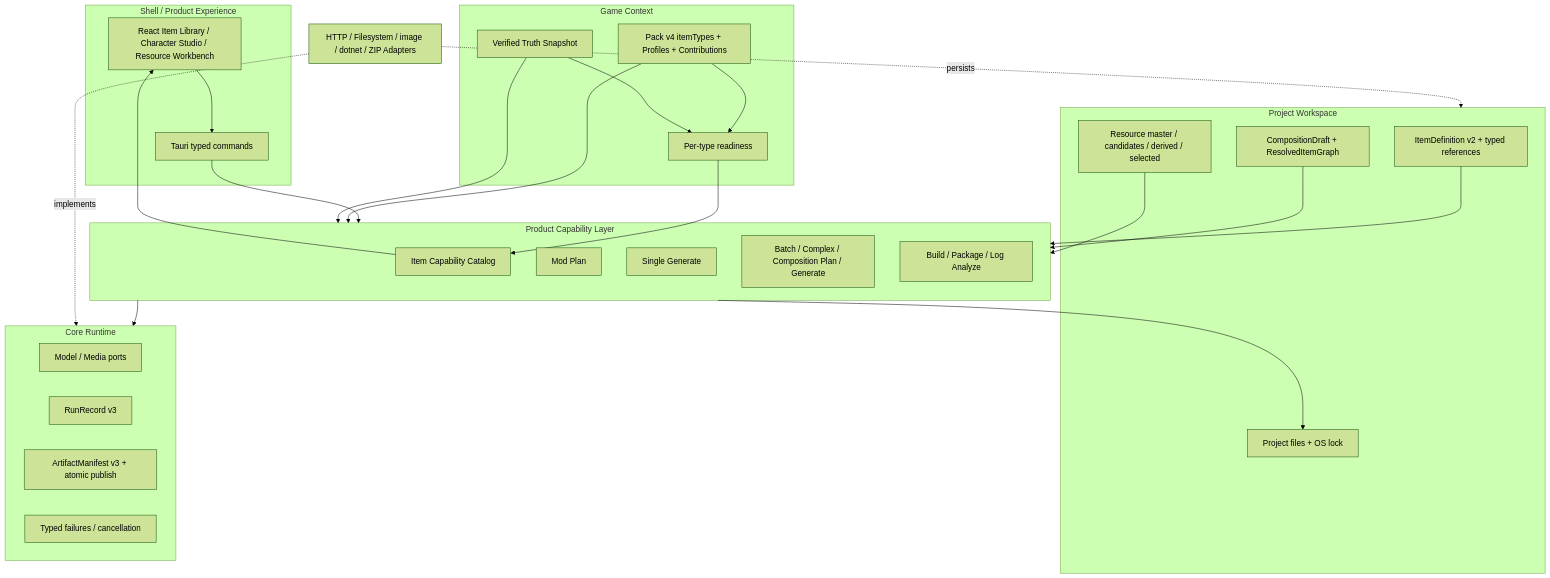
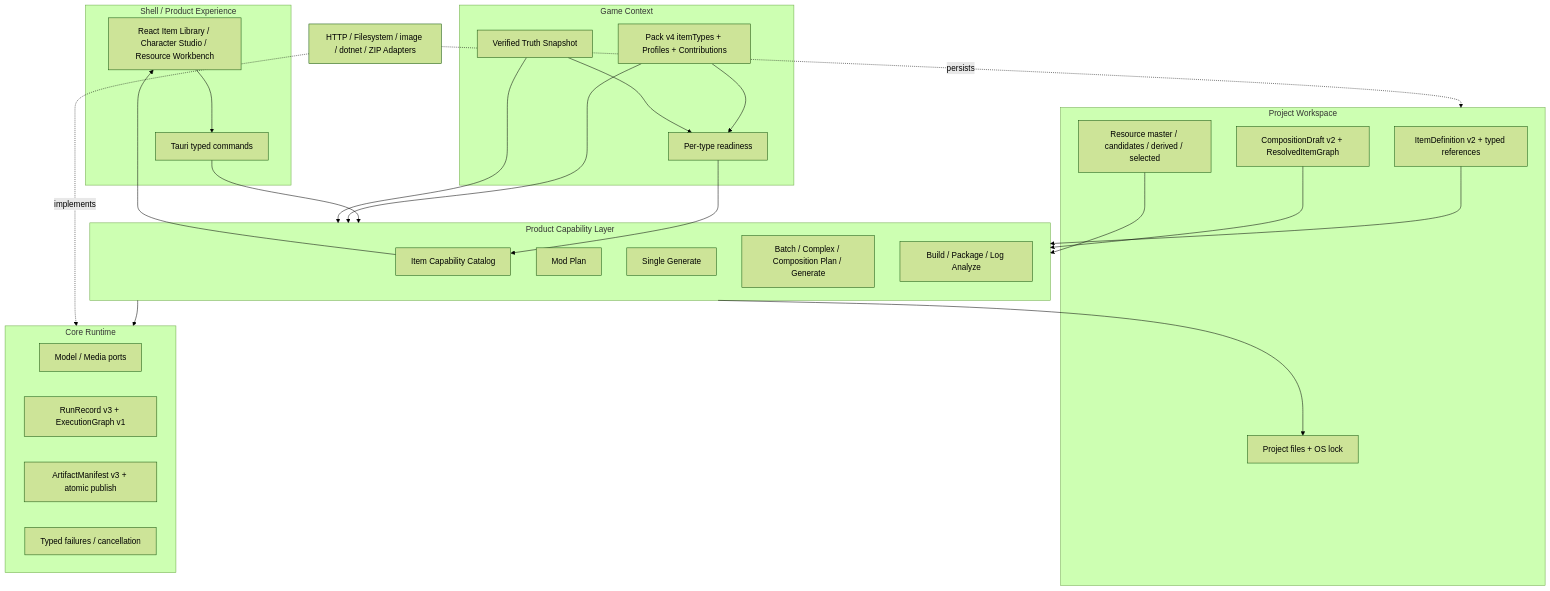
One commit to Frashmeat/AgentForSTS2 changed the first of 2 diagrams in docs/03-当前方案/当前方案.md. Above: the diagram before and after it, drawn with Mermaid (forest theme). The commit also changed other lines of this file and 36 other files, not shown here.

````diff
--- a/docs/03-当前方案/当前方案.md
+++ b/docs/03-当前方案/当前方案.md
@@ -15,52 +19,52 @@
 ```mermaid
 flowchart TB
     subgraph Shell[Shell / Product Experience]
         React[React Item Library / Character Studio / Resource Workbench]
         Tauri[Tauri typed commands]
     end
 
     subgraph Capability[Product Capability Layer]
         Catalog[Item Capability Catalog]
         Plan[Mod Plan]
         Single[Single Generate]
         Batch[Batch / Complex / Composition Plan / Generate]
         Build[Build / Package / Log Analyze]
     end
 
     subgraph Game[Game Context]
         Pack[Pack v4 itemTypes + Profiles + Contributions]
         Truth[Verified Truth Snapshot]
         Ready[Per-type readiness]
     end
 
     subgraph Workspace[Project Workspace]
         Items[ItemDefinition v2 + typed references]
-        Drafts[CompositionDraft + ResolvedItemGraph]
+        Drafts[CompositionDraft v2 + ResolvedItemGraph]
         Resources[Resource master / candidates / derived / selected]
         Project[Project files + OS lock]
     end
 
     subgraph Core[Core Runtime]
         Model[Model / Media ports]
-        Run[RunRecord v3]
+        Run[RunRecord v3 + ExecutionGraph v1]
         Artifact[ArtifactManifest v3 + atomic publish]
         Failure[Typed failures / cancellation]
     end
 
     Adapters[HTTP / Filesystem / image / dotnet / ZIP Adapters]
 
     Pack --> Ready
     Truth --> Ready
     Ready --> Catalog
     Catalog --> React
     React --> Tauri --> Capability
     Pack --> Capability
     Truth --> Capability
     Items --> Capability
     Drafts --> Capability
     Resources --> Capability
     Capability --> Core
     Capability --> Project
     Adapters -. implements .-> Core
     Adapters -. persists .-> Workspace
 ```
````
